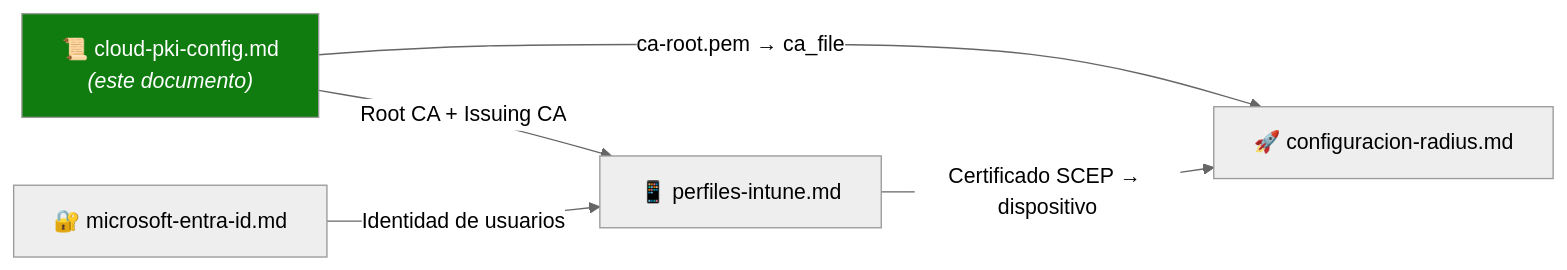
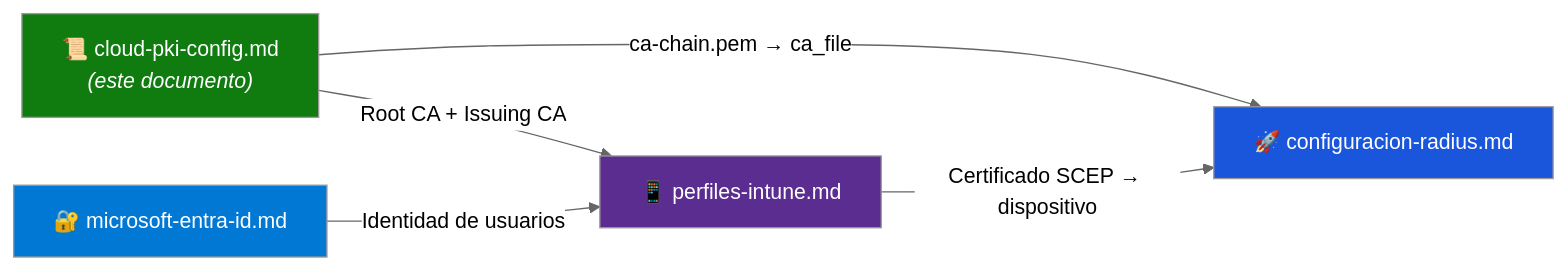
Before and after one commit to UPeU-CRAI/upeu-mothership-radius: the second of 2 diagrams in docs/04-identidad-y-pki/cloud-pki-config.md, drawn with Mermaid (neutral theme). The commit also changed other lines of this file and 5 other files, not shown here.

````diff
--- a/docs/04-identidad-y-pki/cloud-pki-config.md
+++ b/docs/04-identidad-y-pki/cloud-pki-config.md
@@ -140,14 +160,17 @@
 ```mermaid
 flowchart LR
     PKI["📜 cloud-pki-config.md<br/><i>(este documento)</i>"]
     INTUNE["📱 perfiles-intune.md"]
     EAP["🚀 configuracion-radius.md"]
     ENTRA["🔐 microsoft-entra-id.md"]
 
     PKI -->|"Root CA + Issuing CA"| INTUNE
-    PKI -->|"ca-root.pem → ca_file"| EAP
+    PKI -->|"ca-chain.pem → ca_file"| EAP
     ENTRA -->|"Identidad de usuarios"| INTUNE
     INTUNE -->|"Certificado SCEP → dispositivo"| EAP
 
     style PKI fill:#107c10,color:#fff
+    style EAP fill:#1a56db,color:#fff
+    style INTUNE fill:#5c2d91,color:#fff
+    style ENTRA fill:#0078d4,color:#fff
 ```
````
